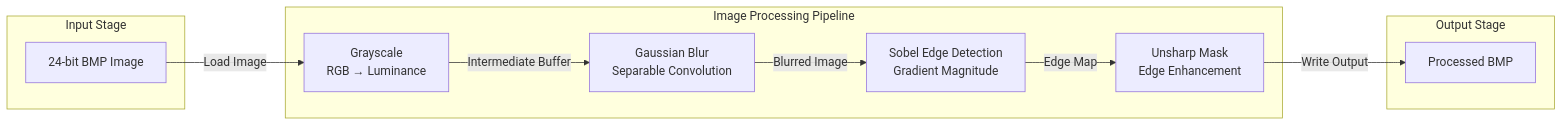
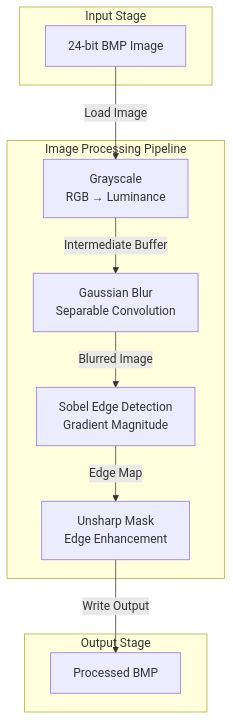
Before and after one commit to bakshishantanu/hybrid-image-processing-c: the first of 3 diagrams in docs/architecture.md, drawn with Mermaid.

Commit message:
Change flowchart orientation to top-down
Update the architecture diagram flow from left-right (LR) to top-down (TD) to better represent the sequential nature of the pipeline stages. This improves visual clarity of how filters execute in strict sequence.

````diff
--- a/docs/architecture.md
+++ b/docs/architecture.md
@@ -9,27 +9,26 @@
 ```mermaid
-flowchart LR
+flowchart TD
     subgraph Input["Input Stage"]
         A["24-bit BMP Image"]
     end
 
     subgraph Pipeline["Image Processing Pipeline"]
         B["Grayscale\nRGB → Luminance"]
         C["Gaussian Blur\nSeparable Convolution"]
         D["Sobel Edge Detection\nGradient Magnitude"]
         E["Unsharp Mask\nEdge Enhancement"]
     end
 
     subgraph Output["Output Stage"]
         F["Processed BMP"]
     end
 
     A -->|"Load Image"| B
     B -->|"Intermediate Buffer"| C
     C -->|"Blurred Image"| D
     D -->|"Edge Map"| E
     E -->|"Write Output"| F
 
     class A,F io
     class B,C,D,E stage
-
 ```
````
